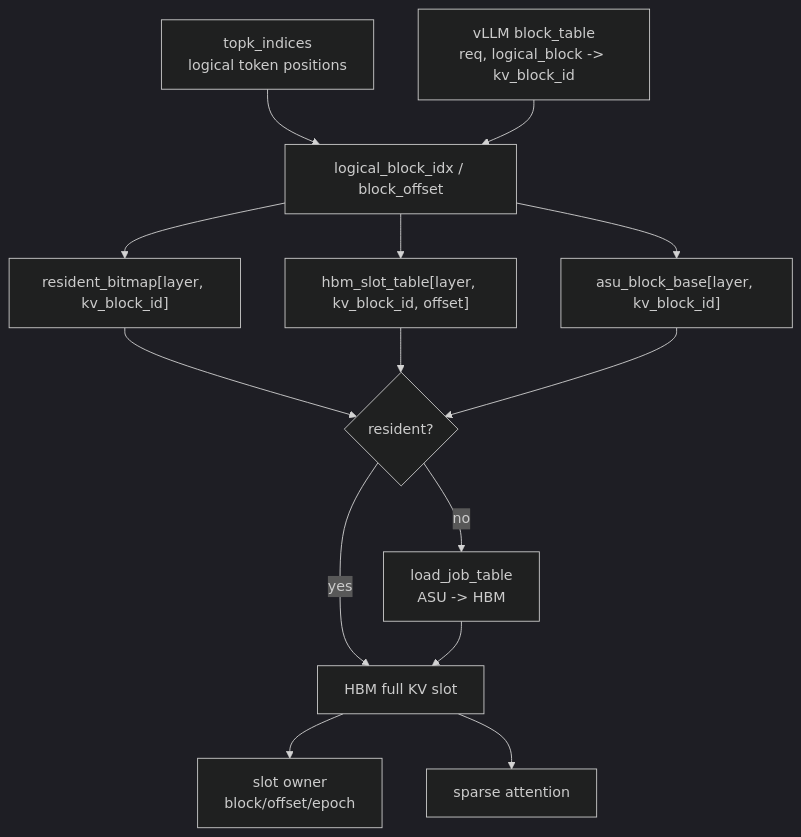
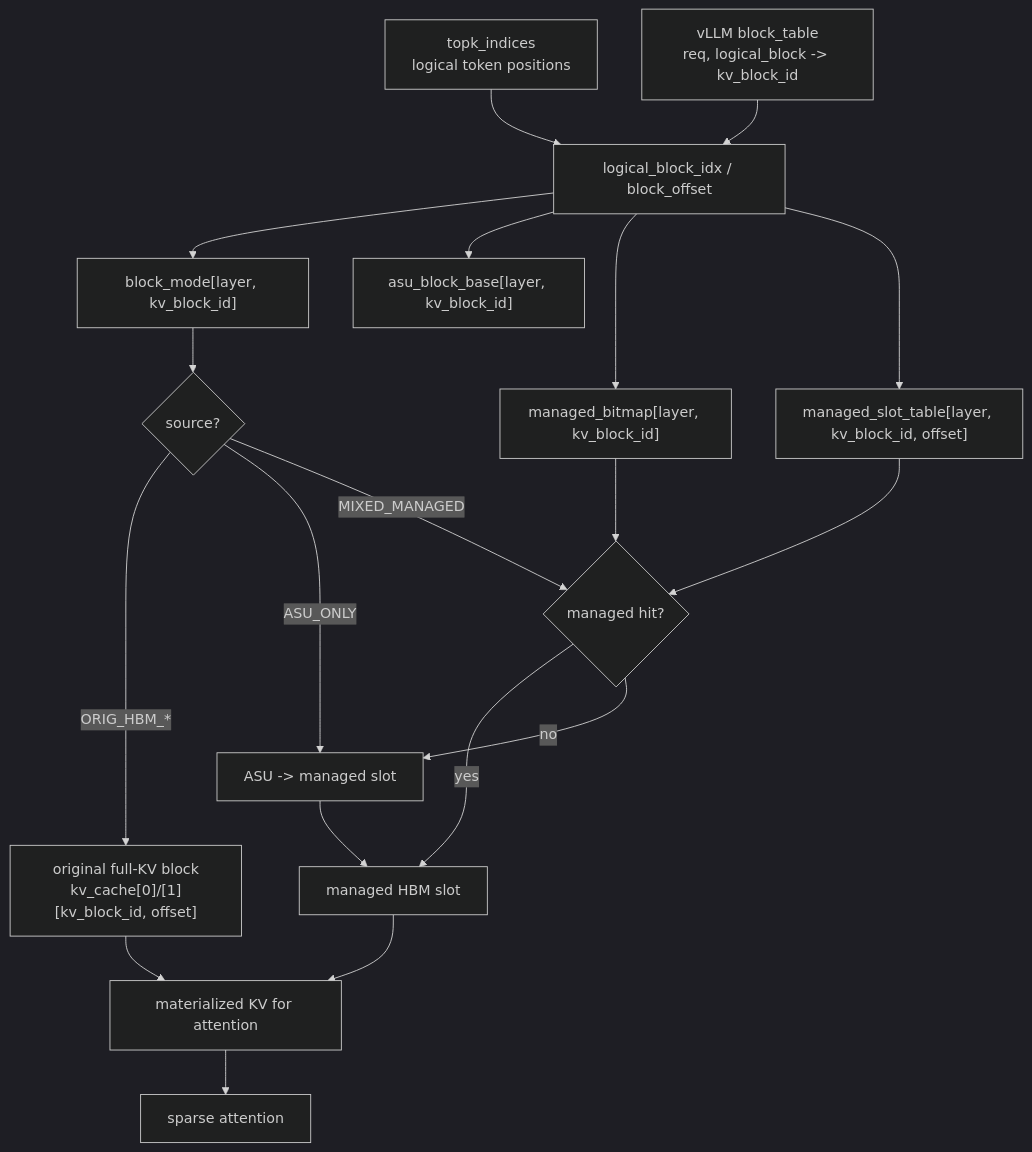
Before and after one commit to ykfnxx/ASU-Ascend: the second of 8 diagrams in docs/draft/2026-06-02-npu-hbm-kvcache-management-draft.md, drawn with Mermaid (dark theme). The commit also changed other lines of this file, not shown here.

````diff
--- a/docs/draft/2026-06-02-npu-hbm-kvcache-management-draft.md
+++ b/docs/draft/2026-06-02-npu-hbm-kvcache-management-draft.md
@@ -324,22 +353,26 @@
 ```mermaid
 flowchart TB
     BT["vLLM block_table<br/>req, logical_block -> kv_block_id"]
     TK["topk_indices<br/>logical token positions"]
 
     TK --> L1["logical_block_idx / block_offset"]
     BT --> L1
-    L1 --> RB["resident_bitmap[layer, kv_block_id]"]
-    L1 --> ST["hbm_slot_table[layer, kv_block_id, offset]"]
+    L1 --> BM["block_mode[layer, kv_block_id]"]
     L1 --> AB["asu_block_base[layer, kv_block_id]"]
+    L1 --> MB["managed_bitmap[layer, kv_block_id]"]
+    L1 --> MS["managed_slot_table[layer, kv_block_id, offset]"]
 
-    RB --> Q{"resident?"}
-    ST --> Q
-    AB --> Q
+    BM --> Q{"source?"}
+    Q -- "ORIG_HBM_*" --> OB["original full-KV block<br/>kv_cache[0]/[1][kv_block_id, offset]"]
+    Q -- "ASU_ONLY" --> LD["ASU -> managed slot"]
+    Q -- "MIXED_MANAGED" --> MH{"managed hit?"}
+    MB --> MH
+    MS --> MH
+    MH -- "yes" --> SS["managed HBM slot"]
+    MH -- "no" --> LD
+    LD --> SS
 
-    Q -- "yes" --> HS["HBM full KV slot"]
-    Q -- "no" --> LD["load_job_table<br/>ASU -> HBM"]
-    LD --> HS
-
-    HS --> OW["slot owner<br/>block/offset/epoch"]
-    HS --> ATTN["sparse attention"]
+    OB --> MAT["materialized KV for attention"]
+    SS --> MAT
+    MAT --> ATTN["sparse attention"]
 ```
````
